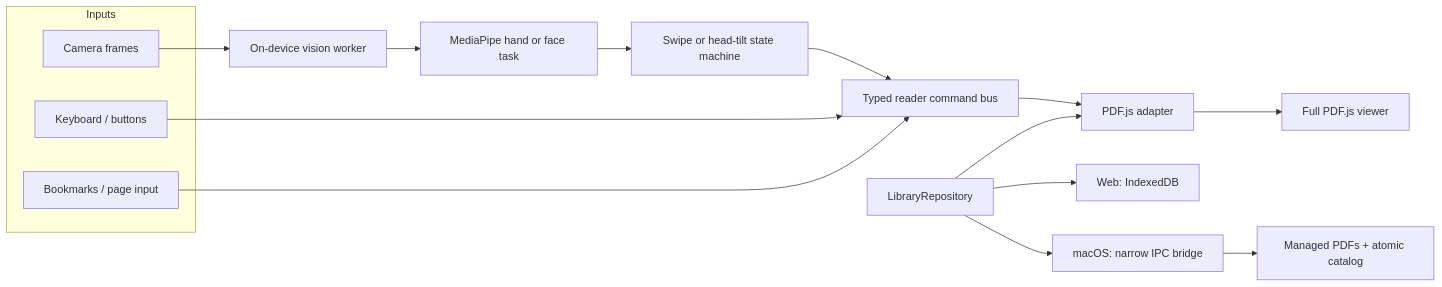
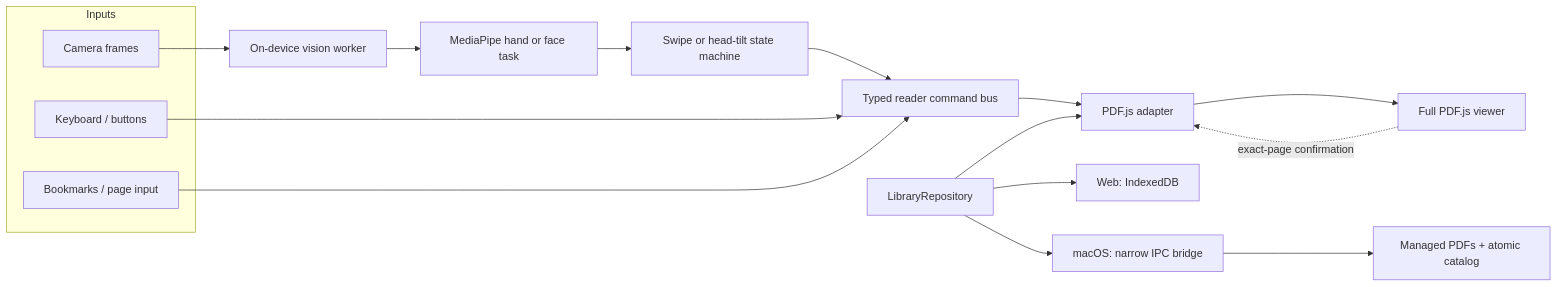
The diagram in README.md (manynames3/gesture-reader), drawn with Mermaid before and after one commit. The commit also changed other lines of this file and 9 other files, not shown here.

````diff
--- a/README.md
+++ b/README.md
@@ -78,22 +80,23 @@
 ```mermaid
 flowchart LR
   subgraph Inputs
     K["Keyboard / buttons"]
     B["Bookmarks / page input"]
     C["Camera frames"]
   end
 
   C --> W["On-device vision worker"]
   W --> M["MediaPipe hand or face task"]
   M --> S["Swipe or head-tilt state machine"]
   S --> Q["Typed reader command bus"]
   K --> Q
   B --> Q
   Q --> A["PDF.js adapter"]
   A --> V["Full PDF.js viewer"]
+  V -. "exact-page confirmation" .-> A
 
   R["LibraryRepository"] --> IDB["Web: IndexedDB"]
   R --> IPC["macOS: narrow IPC bridge"]
   IPC --> FS["Managed PDFs + atomic catalog"]
   R --> A
 ```
````
